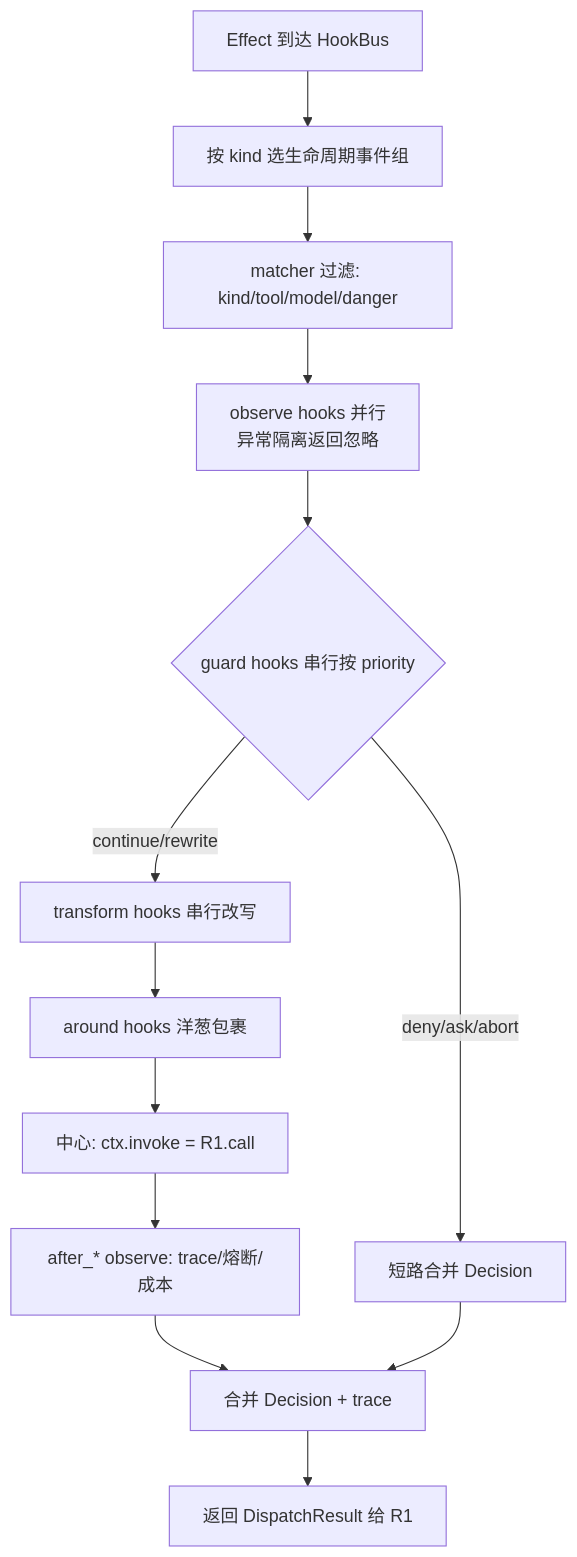
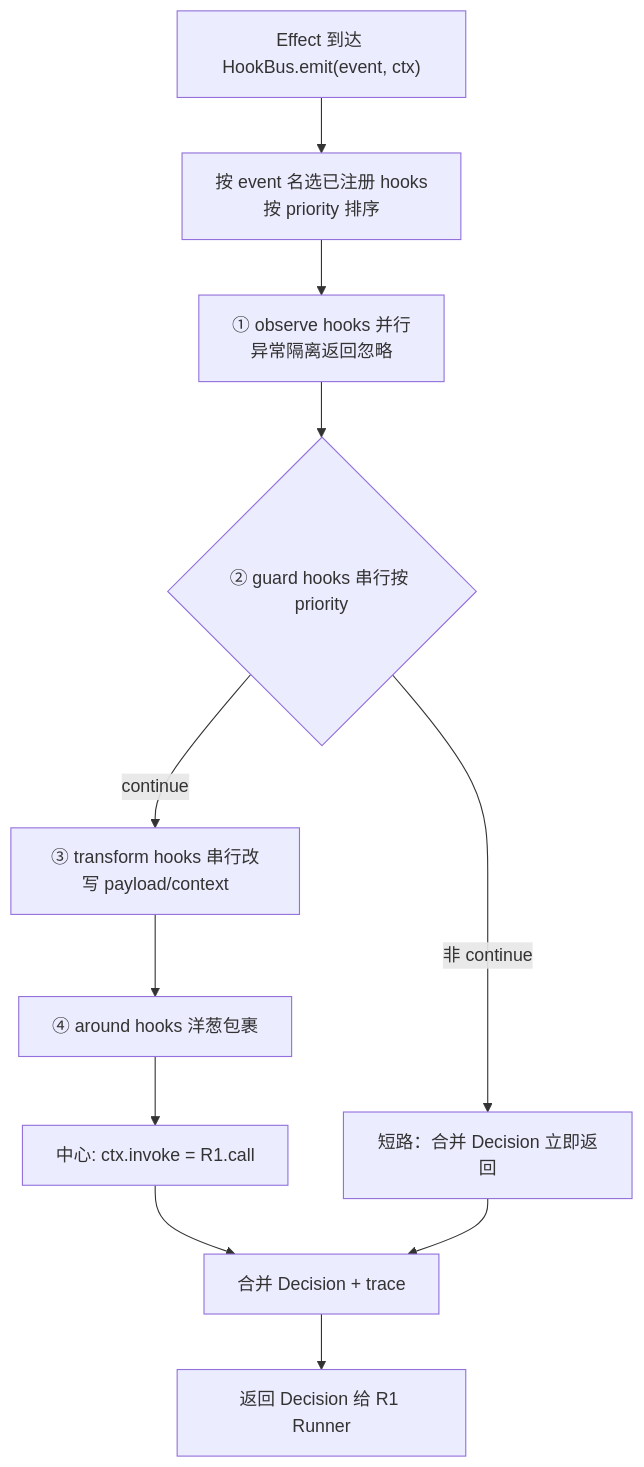
One commit to sao-lang/lll changed the diagram in docs/02-模块详设/Agent/R2-插件总线与协议.md. Above: the diagram before and after it, drawn with Mermaid. The commit also changed other lines of this file and 38 other files, not shown here.

````diff
--- a/docs/02-模块详设/Agent/R2-插件总线与协议.md
+++ b/docs/02-模块详设/Agent/R2-插件总线与协议.md
@@ -20,15 +20,13 @@
 ```mermaid
 flowchart TD
-    E["Effect 到达 HookBus"] --> SEL["按 kind 选生命周期事件组"]
-    SEL --> M["matcher 过滤: kind/tool/model/danger"]
-    M --> OBS["observe hooks 并行<br/>异常隔离返回忽略"]
-    OBS --> G{"guard hooks 串行按 priority"}
-    G -->|deny/ask/abort| SHORT["短路合并 Decision"]
-    G -->|continue/rewrite| TR["transform hooks 串行改写"]
-    TR --> AR["around hooks 洋葱包裹"]
+    E["Effect 到达 HookBus.emit(event, ctx)"] --> SEL["按 event 名选已注册 hooks<br/>按 priority 排序"]
+    SEL --> OBS["① observe hooks 并行<br/>异常隔离返回忽略"]
+    OBS --> G{"② guard hooks 串行按 priority"}
+    G -->|非 continue| SHORT["短路：合并 Decision 立即返回"]
+    G -->|continue| TR["③ transform hooks 串行改写 payload/context"]
+    TR --> AR["④ around hooks 洋葱包裹"]
     AR --> CORE["中心: ctx.invoke = R1.call"]
-    CORE --> AH["after_* observe: trace/熔断/成本"]
-    AH --> MERGE["合并 Decision + trace"]
+    CORE --> MERGE["合并 Decision + trace"]
     SHORT --> MERGE
-    MERGE --> OUT["返回 DispatchResult 给 R1"]
+    MERGE --> OUT["返回 Decision 给 R1 Runner"]
 ```
````
